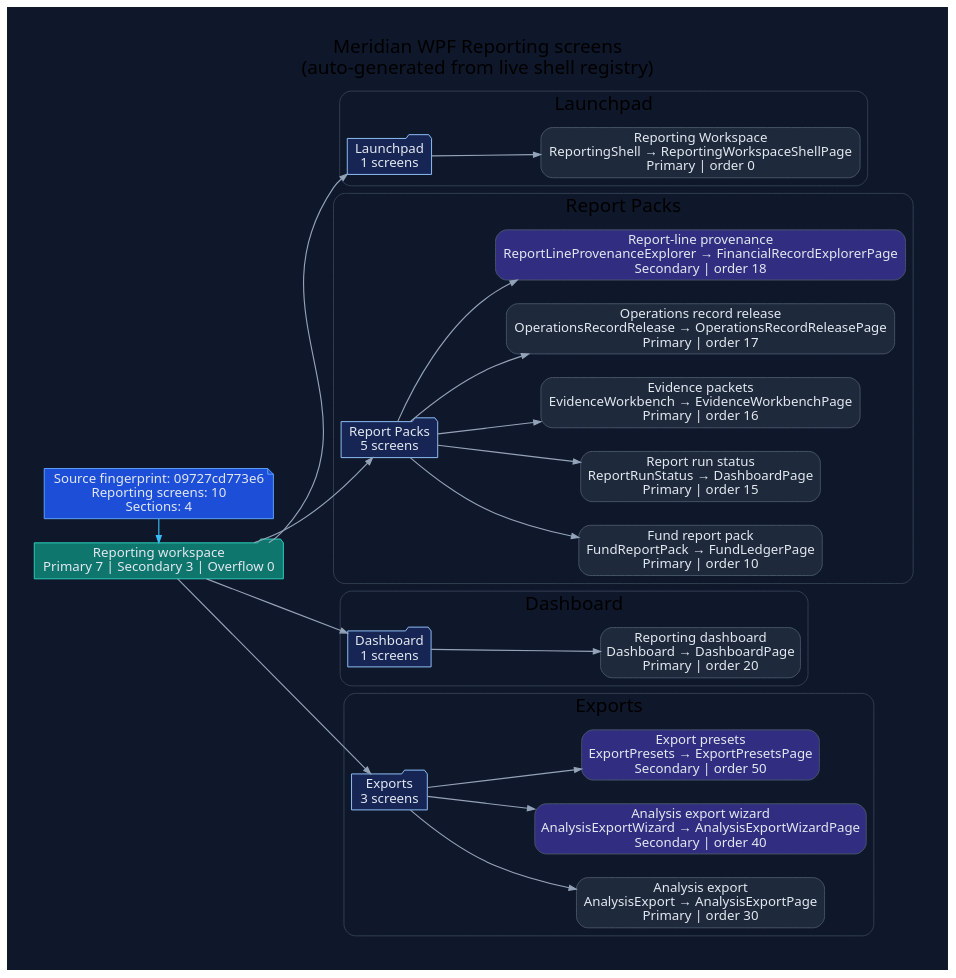
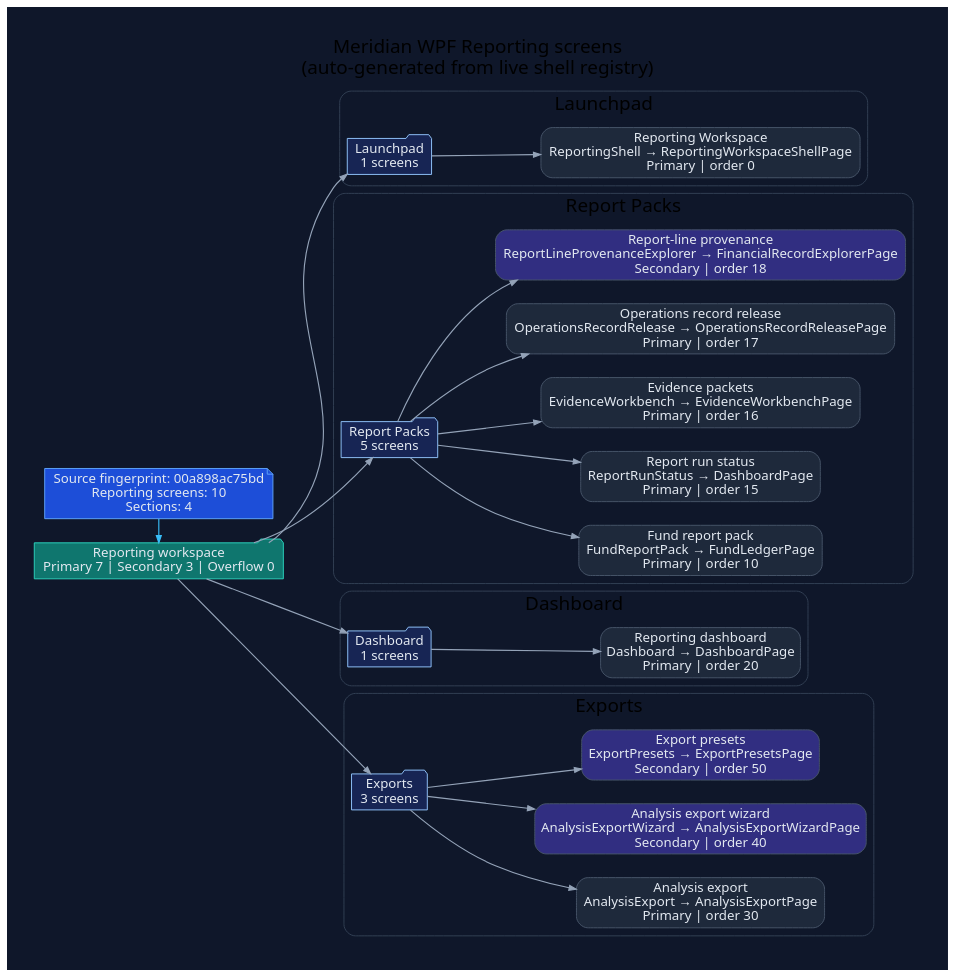
The diagram in docs/diagrams/ui-wpf-screens-reporting.dot (rodoHasArrived/Meridian-main), drawn with Graphviz before and after one commit. The commit also changed 62 other files, not shown here.

```diff
--- a/docs/diagrams/ui-wpf-screens-reporting.dot
+++ b/docs/diagrams/ui-wpf-screens-reporting.dot
@@ -1,78 +1,78 @@
 // -----------------------------------------------------------------------------
 // <auto-generated>
 // Generated by scripts/generate-diagrams.mjs.
 // Do not edit this file directly; update the WPF source files instead.
 // -----------------------------------------------------------------------------
 digraph WpfReportingScreens {
   graph [
     rankdir=LR,
     labelloc=t,
     label="Meridian WPF Reporting screens\n(auto-generated from live shell registry)",
     fontname="Segoe UI",
     fontsize=20,
     pad=0.4,
     nodesep=0.35,
     ranksep=0.85,
     bgcolor="#0f172a"
   ];
   node [fontname="Segoe UI", shape=box, style="rounded,filled", color="#475569", fontcolor="#e2e8f0", fillcolor="#1e293b"];
   edge [fontname="Segoe UI", color="#94a3b8", penwidth=1.2, arrowsize=0.75];
 
-  generated [shape=note, fillcolor="#1d4ed8", color="#60a5fa", label="Source fingerprint: 09727cd773e6\nReporting screens: 10\nSections: 4"];
+  generated [shape=note, fillcolor="#1d4ed8", color="#60a5fa", label="Source fingerprint: 00a898ac75bd\nReporting screens: 10\nSections: 4"];
   workspace [shape=folder, fillcolor="#0f766e", color="#2dd4bf", label="Reporting workspace\nPrimary 7 | Secondary 3 | Overflow 0"];
   generated -> workspace [color="#38bdf8"];
 
   subgraph cluster_section_1 {
     label="Launchpad";
     color="#334155";
     style="rounded";
     section_1 [shape=folder, fillcolor="#172554", color="#93c5fd", label="Launchpad\n1 screens"];
     workspace -> section_1;
     screen_ReportingShell [fillcolor="#1e293b", label="Reporting Workspace\nReportingShell → ReportingWorkspaceShellPage\nPrimary | order 0"];
     section_1 -> screen_ReportingShell;
   }
 
   subgraph cluster_section_2 {
     label="Report Packs";
     color="#334155";
     style="rounded";
     section_2 [shape=folder, fillcolor="#172554", color="#93c5fd", label="Report Packs\n5 screens"];
     workspace -> section_2;
     screen_FundReportPack [fillcolor="#1e293b", label="Fund report pack\nFundReportPack → FundLedgerPage\nPrimary | order 10"];
     section_2 -> screen_FundReportPack;
     screen_ReportRunStatus [fillcolor="#1e293b", label="Report run status\nReportRunStatus → DashboardPage\nPrimary | order 15"];
     section_2 -> screen_ReportRunStatus;
     screen_EvidenceWorkbench [fillcolor="#1e293b", label="Evidence packets\nEvidenceWorkbench → EvidenceWorkbenchPage\nPrimary | order 16"];
     section_2 -> screen_EvidenceWorkbench;
     screen_OperationsRecordRelease [fillcolor="#1e293b", label="Operations record release\nOperationsRecordRelease → OperationsRecordReleasePage\nPrimary | order 17"];
     section_2 -> screen_OperationsRecordRelease;
     screen_ReportLineProvenanceExplorer [fillcolor="#312e81", label="Report-line provenance\nReportLineProvenanceExplorer → FinancialRecordExplorerPage\nSecondary | order 18"];
     section_2 -> screen_ReportLineProvenanceExplorer;
   }
 
   subgraph cluster_section_3 {
     label="Dashboard";
     color="#334155";
     style="rounded";
     section_3 [shape=folder, fillcolor="#172554", color="#93c5fd", label="Dashboard\n1 screens"];
     workspace -> section_3;
     screen_Dashboard [fillcolor="#1e293b", label="Reporting dashboard\nDashboard → DashboardPage\nPrimary | order 20"];
     section_3 -> screen_Dashboard;
   }
 
   subgraph cluster_section_4 {
     label="Exports";
     color="#334155";
     style="rounded";
     section_4 [shape=folder, fillcolor="#172554", color="#93c5fd", label="Exports\n3 screens"];
     workspace -> section_4;
     screen_AnalysisExport [fillcolor="#1e293b", label="Analysis export\nAnalysisExport → AnalysisExportPage\nPrimary | order 30"];
     section_4 -> screen_AnalysisExport;
     screen_AnalysisExportWizard [fillcolor="#312e81", label="Analysis export wizard\nAnalysisExportWizard → AnalysisExportWizardPage\nSecondary | order 40"];
     section_4 -> screen_AnalysisExportWizard;
     screen_ExportPresets [fillcolor="#312e81", label="Export presets\nExportPresets → ExportPresetsPage\nSecondary | order 50"];
     section_4 -> screen_ExportPresets;
   }
 
   { rank=min; generated; workspace; }
 }
```
